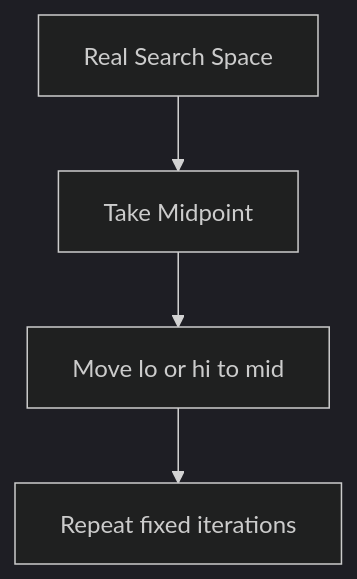
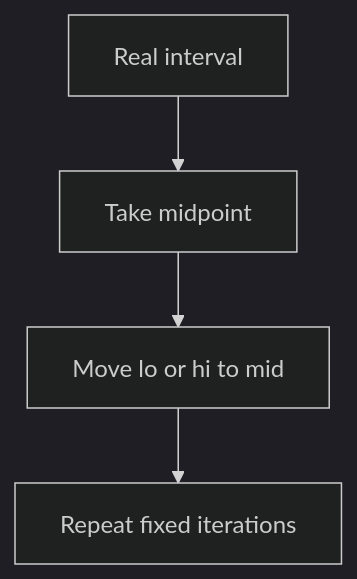
One commit to mthaiseer/springcloud-systemdesign-notes changed the eighth of 24 diagrams in CP_DSA_NOTES/CONCEPT_FRAMEWORK_FORMS_TATICS/binary_search_playbook.md. Above: the diagram before and after it, drawn with Mermaid (dark theme). The commit also changed other lines of this file, not shown here.

````diff
--- a/CP_DSA_NOTES/CONCEPT_FRAMEWORK_FORMS_TATICS/binary_search_playbook.md
+++ b/CP_DSA_NOTES/CONCEPT_FRAMEWORK_FORMS_TATICS/binary_search_playbook.md
@@ -172,6 +288,6 @@
 ```mermaid
 flowchart TD
-    A["Real Search Space"] --> B["Take Midpoint"]
+    A["Real interval"] --> B["Take midpoint"]
     B --> C["Move lo or hi to mid"]
     C --> D["Repeat fixed iterations"]
 ```
````
